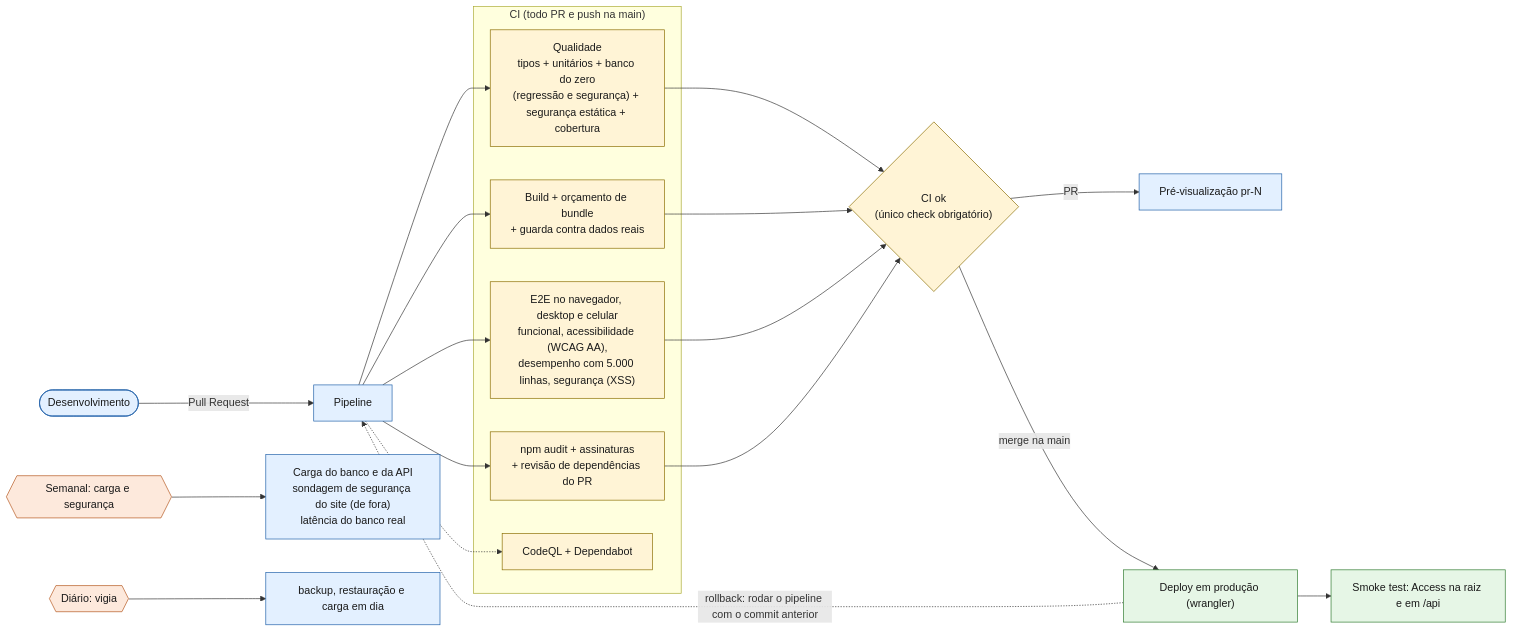
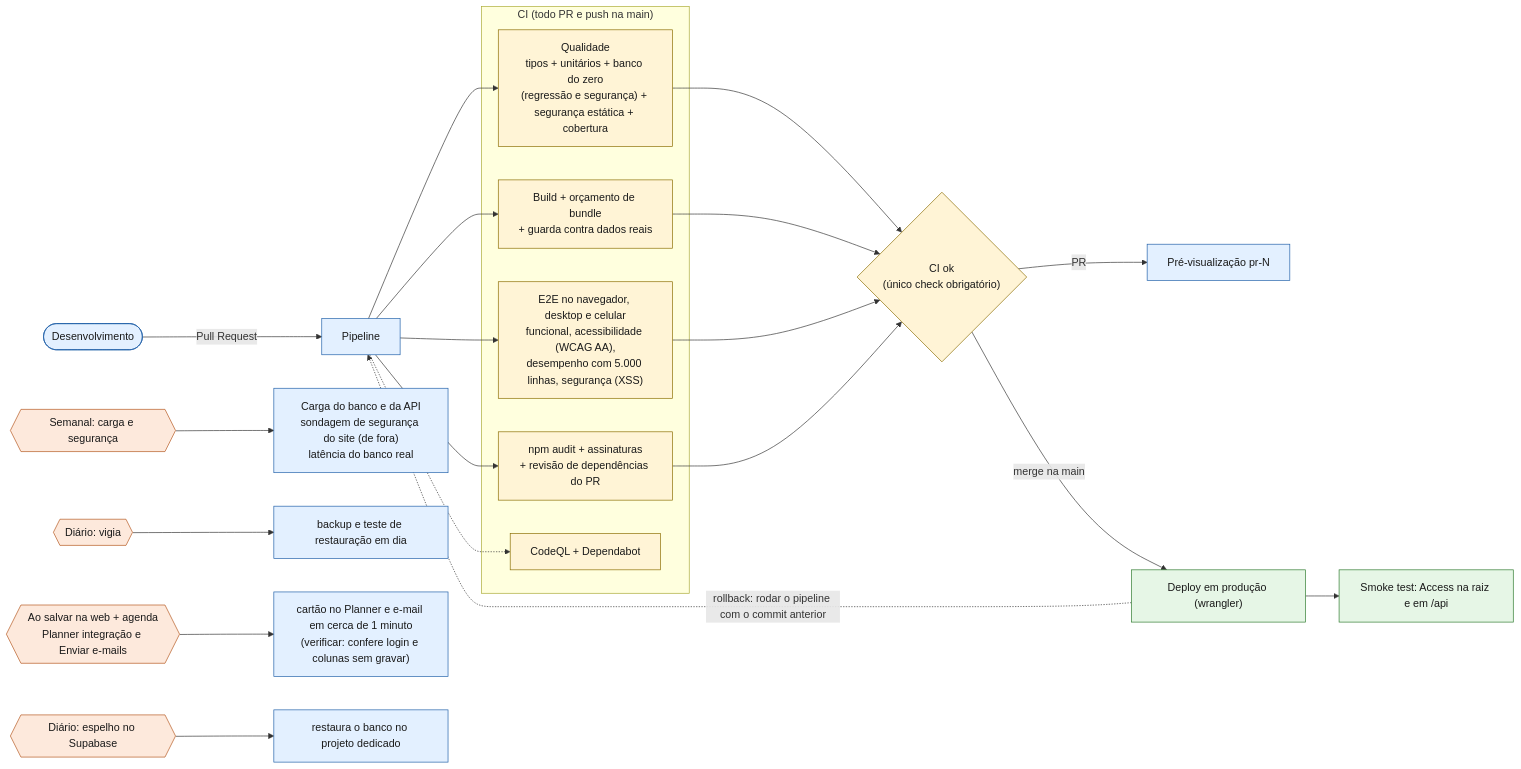
Before and after one commit to agentanalisedegoverno-svg/dashboard-metrics-team: diagram 19 of 22 in docs/DIAGRAMAS.md, drawn with Mermaid. The commit also changed other lines of this file and 23 other files, not shown here.

Commit message:
docs: atualizar arquitetura, diagramas (D1 a D19, SVG) e documentos ao estado de 28/10/2026

````diff
--- a/docs/DIAGRAMAS.md
+++ b/docs/DIAGRAMAS.md
@@ -717,27 +710,29 @@
 ```mermaid
 flowchart LR
   classDef passo fill:#e3f0ff,stroke:#1f5fa8,color:#1a1a1a
   classDef gate fill:#fff4d6,stroke:#8a6d00,color:#1a1a1a
   classDef agenda fill:#fde9dc,stroke:#b4561d,color:#1a1a1a
   classDef ok fill:#e6f6e6,stroke:#2d7a2d,color:#1a1a1a
 
   DEV(["Desenvolvimento"]):::passo -->|"Pull Request"| PIPE["Pipeline"]:::passo
 
   subgraph ci["CI (todo PR e push na main)"]
     Q["Qualidade<br/>tipos + unitários + banco do zero<br/>(regressão e segurança) + segurança estática + cobertura"]:::gate
     B["Build + orçamento de bundle<br/>+ guarda contra dados reais"]:::gate
     E["E2E no navegador, desktop e celular<br/>funcional, acessibilidade (WCAG AA),<br/>desempenho com 5.000 linhas, segurança (XSS)"]:::gate
     A["npm audit + assinaturas<br/>+ revisão de dependências do PR"]:::gate
     C["CodeQL + Dependabot"]:::gate
   end
   PIPE --> Q & B & E & A
   PIPE -.-> C
   Q & B & E & A --> OK{"CI ok<br/>(único check obrigatório)"}:::gate
   OK -->|"PR"| PRV["Pré-visualização pr-N"]:::passo
   OK -->|"merge na main"| DEP["Deploy em produção (wrangler)"]:::ok
   DEP --> SMK["Smoke test: Access na raiz e em /api"]:::ok
   DEP -.->|"rollback: rodar o pipeline com o commit anterior"| PIPE
 
   SEM{{"Semanal: carga e segurança"}}:::agenda --> NF["Carga do banco e da API<br/>sondagem de segurança do site (de fora)<br/>latência do banco real"]:::passo
-  DIA{{"Diário: vigia"}}:::agenda --> VG["backup, restauração e carga em dia"]:::passo
+  DIA{{"Diário: vigia"}}:::agenda --> VG["backup e teste de restauração em dia"]:::passo
+  INT{{"Ao salvar na web + agenda<br/>Planner integração e Enviar e-mails"}}:::agenda --> RT["cartão no Planner e e-mail em cerca de 1 minuto<br/>(verificar: confere login e colunas sem gravar)"]:::passo
+  ESD{{"Diário: espelho no Supabase"}}:::agenda --> ES["restaura o banco no projeto dedicado"]:::passo
 ```
````
